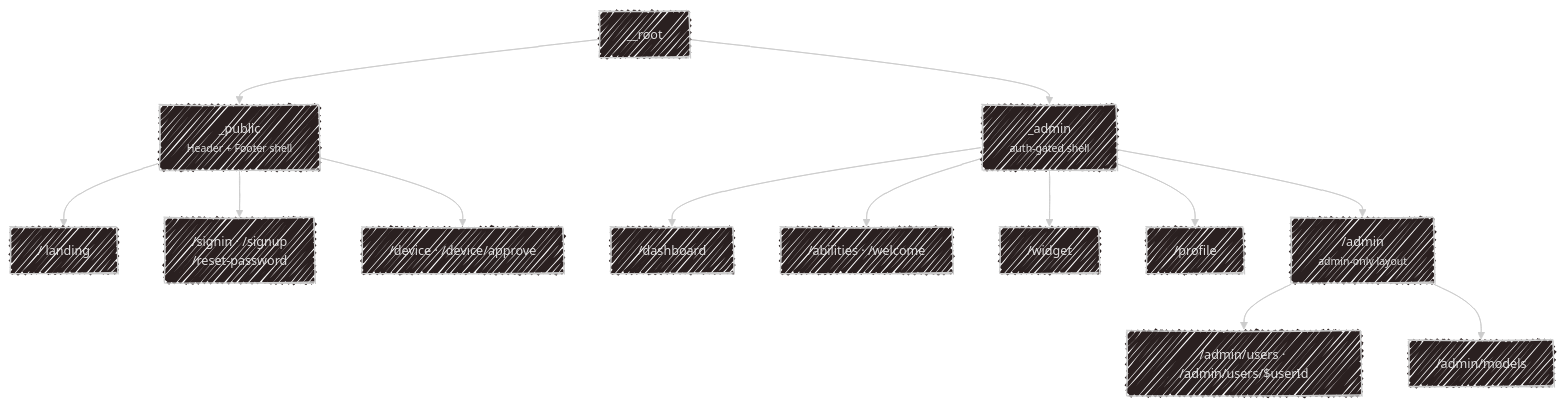
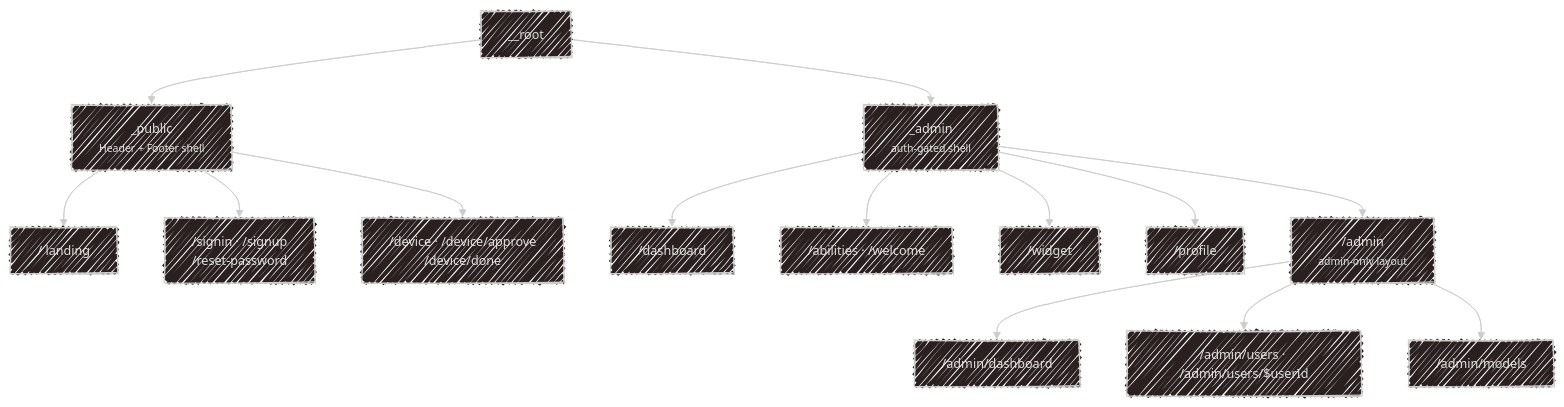
The diagram in docs/development/web.md (SubZtep/kaja), drawn with Mermaid before and after one commit. The commit also changed other lines of this file and 68 other files, not shown here.

````diff
--- a/docs/development/web.md
+++ b/docs/development/web.md
@@ -13,22 +13,23 @@
 ```mermaid
 ---
 config:
   look: handDrawn
   theme: neo-dark
 ---
 flowchart TD
     R["__root"] --> P["_public<br><small>Header + Footer shell</small>"]
     R --> A["_admin<br><small>auth-gated shell</small>"]
 
     P --> L["/ landing"]
     P --> S["/signin · /signup<br>/reset-password"]
-    P --> D["/device · /device/approve"]
+    P --> D["/device · /device/approve<br>/device/done"]
 
     A --> DA["/dashboard"]
     A --> AB["/abilities · /welcome"]
     A --> W["/widget"]
     A --> PR["/profile"]
     A --> AD["/admin<br><small>admin-only layout</small>"]
+    AD --> AD2["/admin/dashboard"]
     AD --> U["/admin/users · /admin/users/$userId"]
     AD --> M["/admin/models"]
 ```
````
